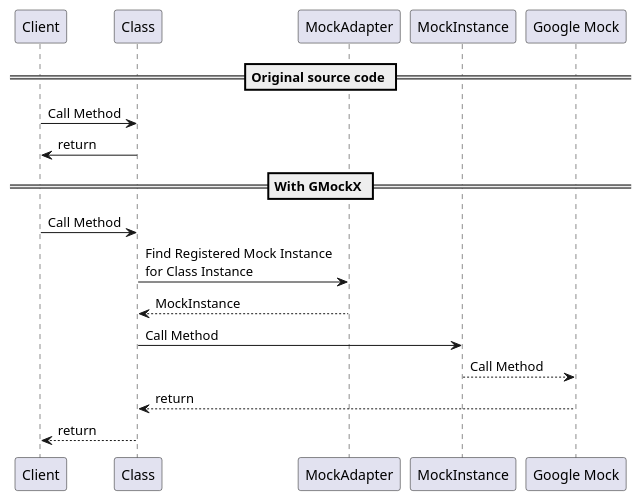
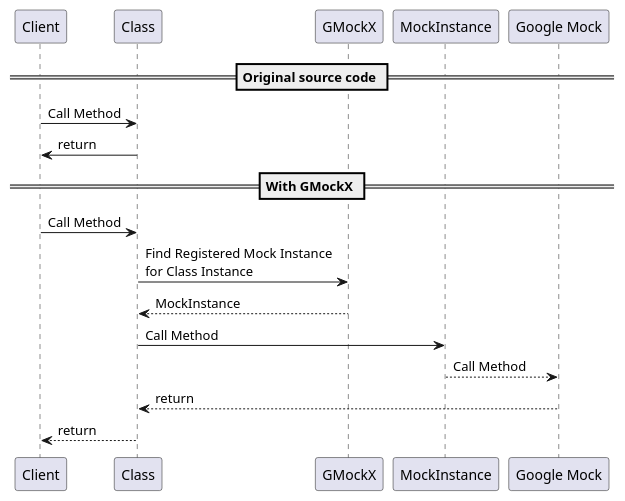
Before and after one commit to lukaszgdula6/GMockX: the fourth of 4 diagrams in README.md, drawn with PlantUML. The commit also changed other lines of this file, not shown here.

````diff
--- a/README.md
+++ b/README.md
@@ -54,16 +56,16 @@
 ```plantuml
 @startuml
 == Original source code ==
 Client -> Class : Call Method
 Client <- Class : return
 
 == With GMockX ==
 Client -> Class : Call Method
-Class -> MockAdapter : Find Registered Mock Instance\nfor Class Instance
-Class <-- MockAdapter : MockInstance
+Class -> GMockX : Find Registered Mock Instance\nfor Class Instance
+Class <-- GMockX : MockInstance
 Class -> MockInstance : Call Method
 MockInstance --> "Google Mock" : Call Method
 Class <-- "Google Mock" : return
 Client <-- Class : return 
 @enduml
 ```
````
